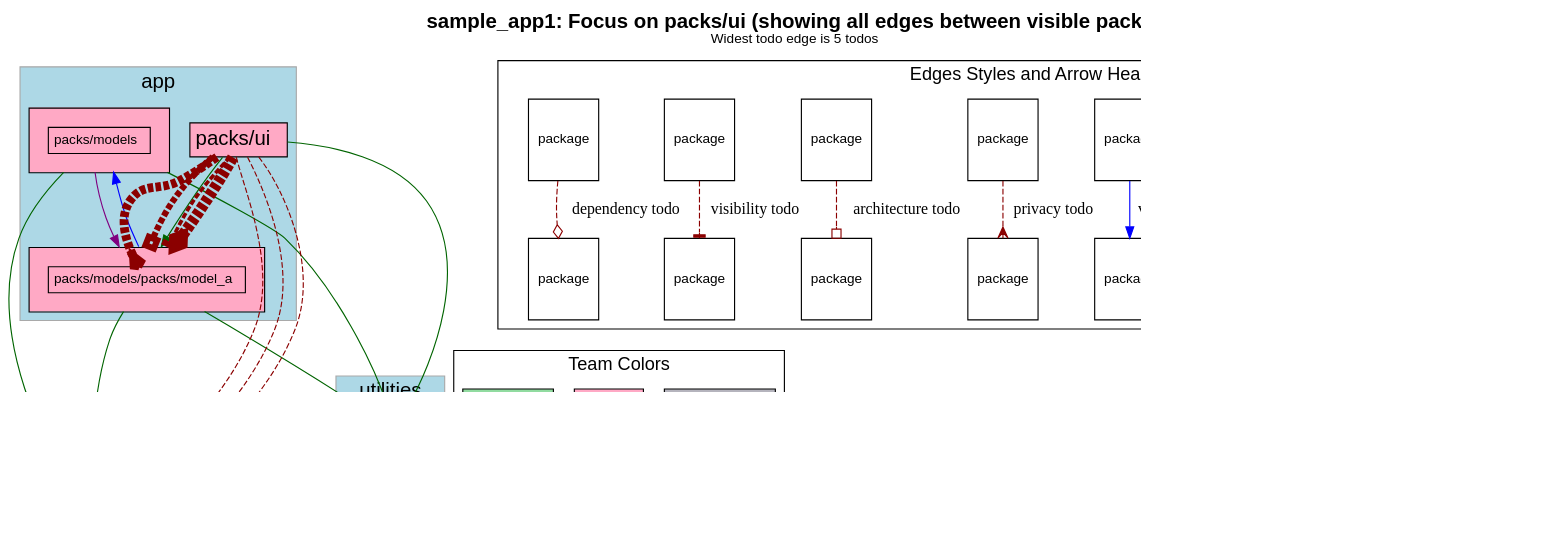
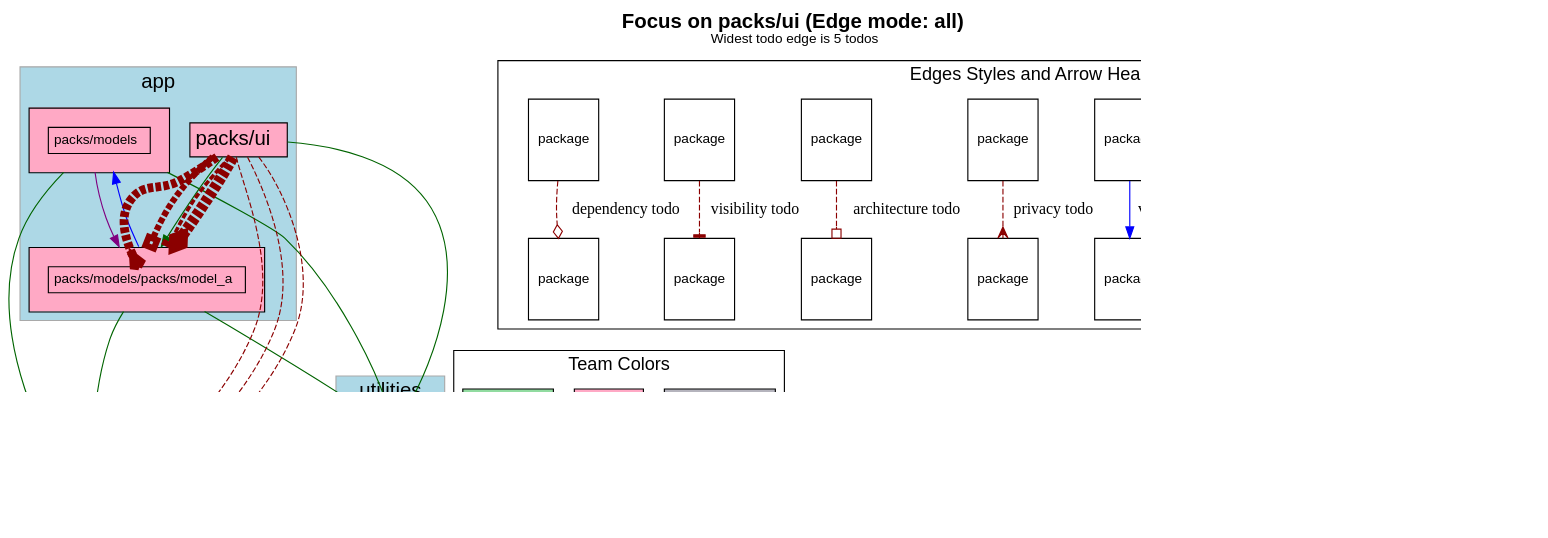
Before and after one commit to rubyatscale/visualize_packs: the diagram in spec/sample_app1/test_output/focussed_on_packs_ui.dot, drawn with Graphviz. The commit also changed 21 other files, not shown here.

```diff
--- a/spec/sample_app1/test_output/focussed_on_packs_ui.dot
+++ b/spec/sample_app1/test_output/focussed_on_packs_ui.dot
@@ -5,7 +5,7 @@
     fontname="Helvetica,Arial,sans-serif"
     dpi=100
     layout=dot
-    label=<<b>sample_app1: Focus on packs/ui (showing all edges between visible packs)</b><br/><font point-size='12'>Widest todo edge is 5 todos</font>>
+    label=<<b>Focus on packs/ui (Edge mode: all)</b><br/><font point-size='12'>Widest todo edge is 5 todos</font>>
     fontsize=18
   ]
   node [
```
